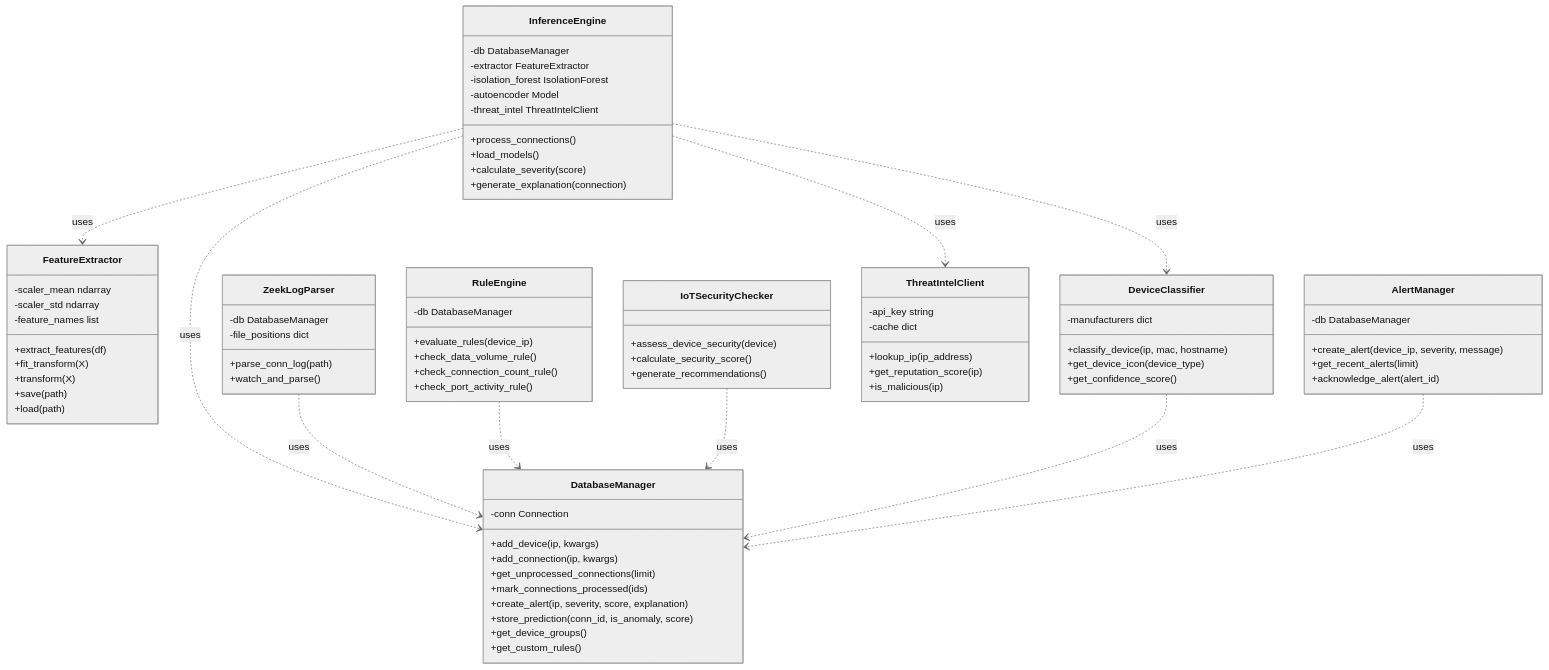
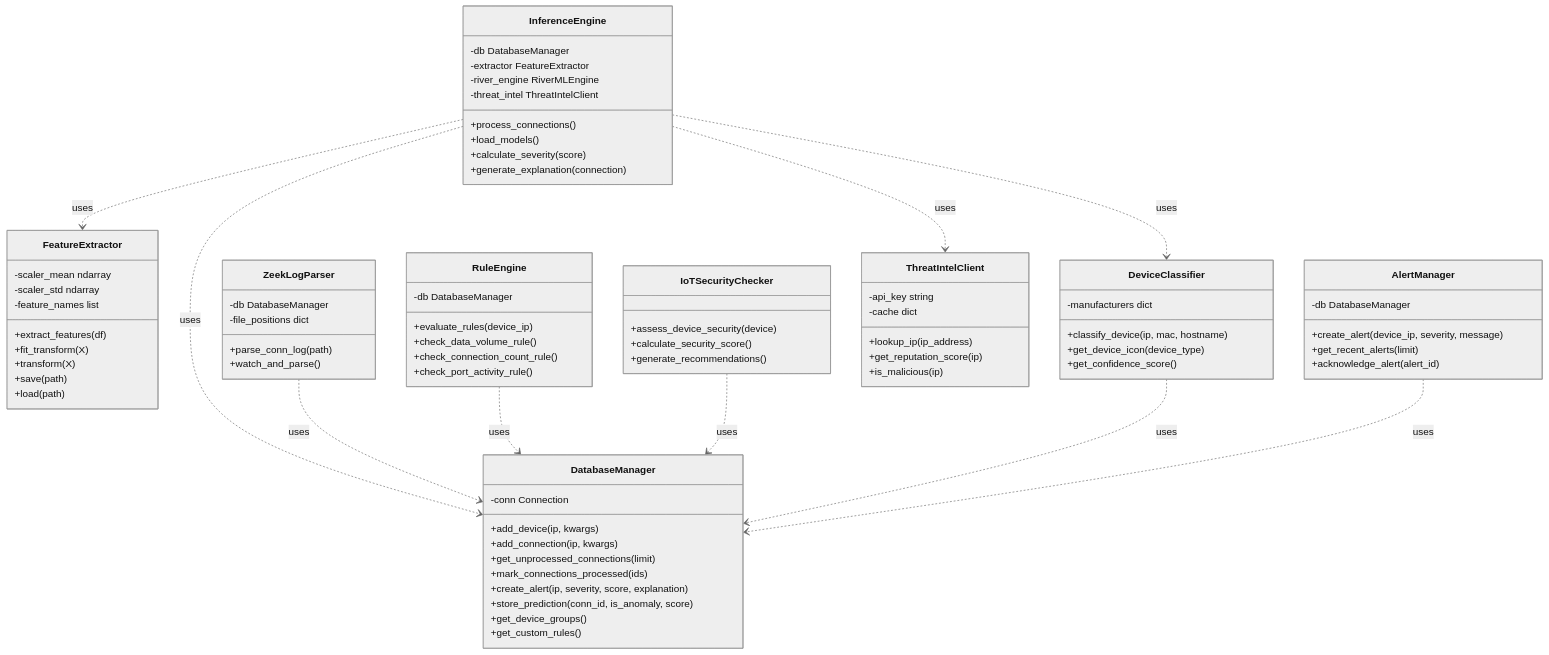
One commit to ritiksah141/iotsentinel changed the diagram in docs/academic/diagrams/level4_classes.mmd. Above: the diagram before and after it, drawn with Mermaid (neutral theme). The commit also changed 57 other files, not shown here.

Commit message:
moved to river ml from isolation forest and autoencoder for better result and optimization and to remove the baseline collection 7 day period

```diff
--- a/docs/academic/diagrams/level4_classes.mmd
+++ b/docs/academic/diagrams/level4_classes.mmd
@@ -1,88 +1,90 @@
+%% HISTORICAL DIAGRAM - Original TensorFlow Architecture
+%% Current system uses River ML (see ml/river_engine.py)
 classDiagram
     class DatabaseManager {
         -conn Connection
         +add_device(ip, kwargs)
         +add_connection(ip, kwargs)
         +get_unprocessed_connections(limit)
         +mark_connections_processed(ids)
         +create_alert(ip, severity, score, explanation)
         +store_prediction(conn_id, is_anomaly, score)
         +get_device_groups()
         +get_custom_rules()
     }
 
     class InferenceEngine {
         -db DatabaseManager
         -extractor FeatureExtractor
-        -isolation_forest IsolationForest
-        -autoencoder Model
+        -river_engine RiverMLEngine
+        %% Legacy: -isolation_forest, -autoencoder
         -threat_intel ThreatIntelClient
         +process_connections()
         +load_models()
         +calculate_severity(score)
         +generate_explanation(connection)
     }
 
     class FeatureExtractor {
         -scaler_mean ndarray
         -scaler_std ndarray
         -feature_names list
         +extract_features(df)
         +fit_transform(X)
         +transform(X)
         +save(path)
         +load(path)
     }
 
     class ZeekLogParser {
         -db DatabaseManager
         -file_positions dict
         +parse_conn_log(path)
         +watch_and_parse()
     }
 
     class DeviceClassifier {
         -manufacturers dict
         +classify_device(ip, mac, hostname)
         +get_device_icon(device_type)
         +get_confidence_score()
     }
 
     class RuleEngine {
         -db DatabaseManager
         +evaluate_rules(device_ip)
         +check_data_volume_rule()
         +check_connection_count_rule()
         +check_port_activity_rule()
     }
 
     class IoTSecurityChecker {
         +assess_device_security(device)
         +calculate_security_score()
         +generate_recommendations()
     }
 
     class ThreatIntelClient {
         -api_key string
         -cache dict
         +lookup_ip(ip_address)
         +get_reputation_score(ip)
         +is_malicious(ip)
     }
 
     class AlertManager {
         -db DatabaseManager
         +create_alert(device_ip, severity, message)
         +get_recent_alerts(limit)
         +acknowledge_alert(alert_id)
     }
 
     InferenceEngine ..> DatabaseManager : uses
     InferenceEngine ..> FeatureExtractor : uses
     InferenceEngine ..> DeviceClassifier : uses
     InferenceEngine ..> ThreatIntelClient : uses
     ZeekLogParser ..> DatabaseManager : uses
     RuleEngine ..> DatabaseManager : uses
     IoTSecurityChecker ..> DatabaseManager : uses
     DeviceClassifier ..> DatabaseManager : uses
     AlertManager ..> DatabaseManager : uses
```
